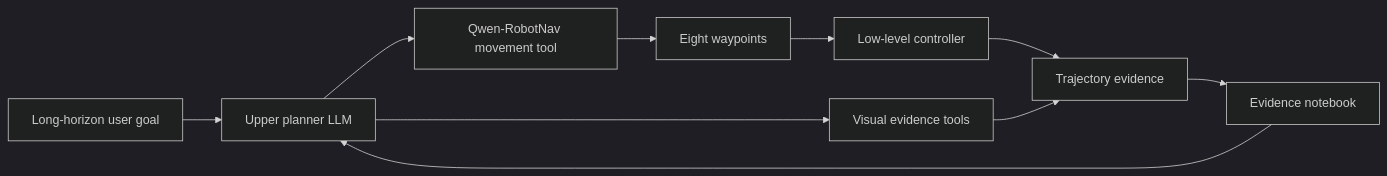
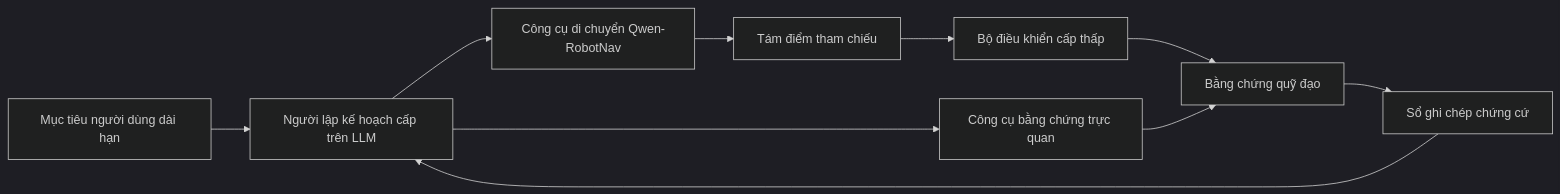
The second of 3 diagrams in docs/research_finding/01-gwen/qwen_models/Qwen-RobotNav/qwen_robotnav.md (cycler04/VinRobotics-VLA), drawn with Mermaid (dark theme) before and after one commit. The commit also changed other lines of this file and 24 other files, not shown here.

````diff
--- a/docs/research_finding/01-gwen/qwen_models/Qwen-RobotNav/qwen_robotnav.md
+++ b/docs/research_finding/01-gwen/qwen_models/Qwen-RobotNav/qwen_robotnav.md
@@ -180,12 +180,12 @@
 ```mermaid
 flowchart LR
-    U[Long-horizon user goal] --> L[Upper planner LLM]
-    L --> N[Qwen-RobotNav movement tool]
-    L --> V[Visual evidence tools]
-    N --> W[Eight waypoints]
-    W --> C[Low-level controller]
-    C --> E[Trajectory evidence]
+    U[Mục tiêu người dùng dài hạn] --> L[Người lập kế hoạch cấp trên LLM]
+    L --> N[Công cụ di chuyển Qwen-RobotNav]
+    L --> V[Công cụ bằng chứng trực quan]
+    N --> W[Tám điểm tham chiếu]
+    W --> C[Bộ điều khiển cấp thấp]
+    C --> E[Bằng chứng quỹ đạo]
     V --> E
-    E --> M[Evidence notebook]
+    E --> M[Sổ ghi chép chứng cứ]
     M --> L
 ```
````
